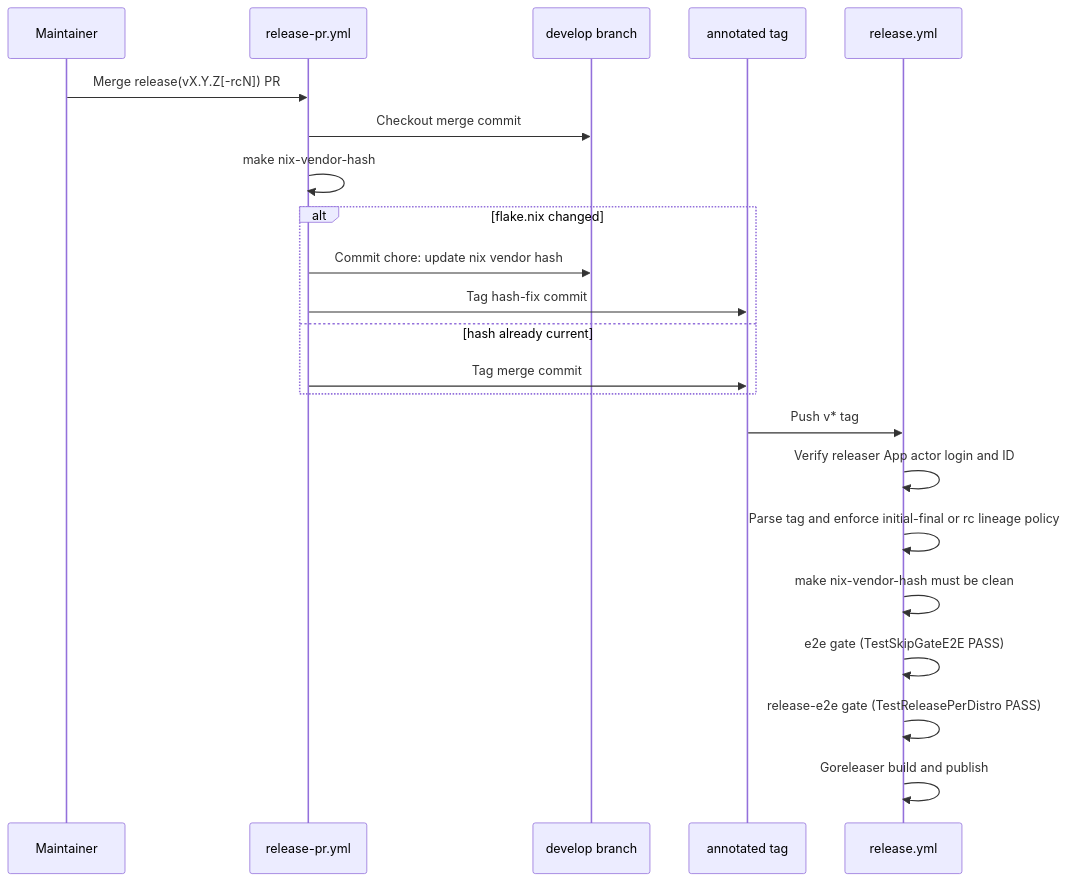
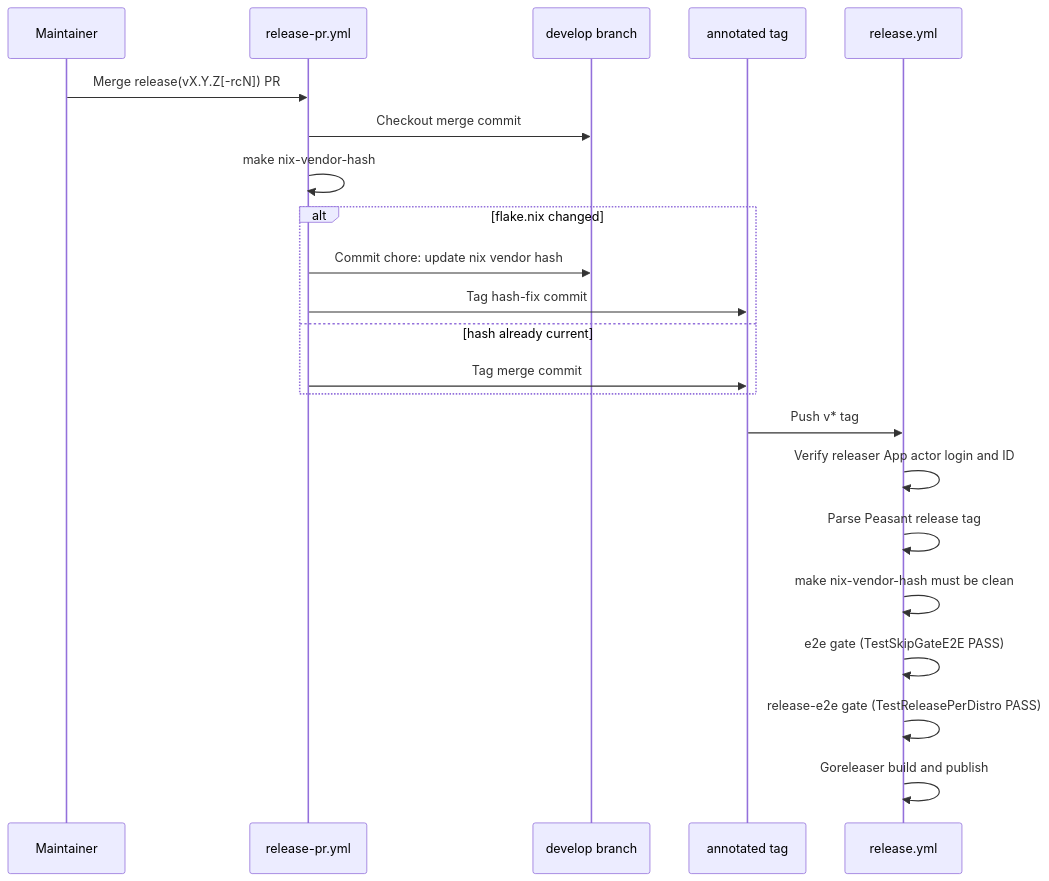
The second of 4 diagrams in docs/release-architecture.md (peasant-labs/peasant), drawn with Mermaid before and after one commit. The commit also changed other lines of this file and 4 other files, not shown here.

First line of the commit message:
ci(release): allow final releases without prior rc (#289)

````diff
--- a/docs/release-architecture.md
+++ b/docs/release-architecture.md
@@ -97,25 +96,25 @@
 ```mermaid
 sequenceDiagram
   participant Maintainer
   participant PR as release-pr.yml
   participant Git as develop branch
   participant Tag as annotated tag
   participant Rel as release.yml
 
   Maintainer->>PR: Merge release(vX.Y.Z[-rcN]) PR
   PR->>Git: Checkout merge commit
   PR->>PR: make nix-vendor-hash
   alt flake.nix changed
     PR->>Git: Commit chore: update nix vendor hash
     PR->>Tag: Tag hash-fix commit
   else hash already current
     PR->>Tag: Tag merge commit
   end
   Tag->>Rel: Push v* tag
   Rel->>Rel: Verify releaser App actor login and ID
-  Rel->>Rel: Parse tag and enforce initial-final or rc lineage policy
+  Rel->>Rel: Parse Peasant release tag
   Rel->>Rel: make nix-vendor-hash must be clean
   Rel->>Rel: e2e gate (TestSkipGateE2E PASS)
   Rel->>Rel: release-e2e gate (TestReleasePerDistro PASS)
   Rel->>Rel: Goreleaser build and publish
 ```
````
